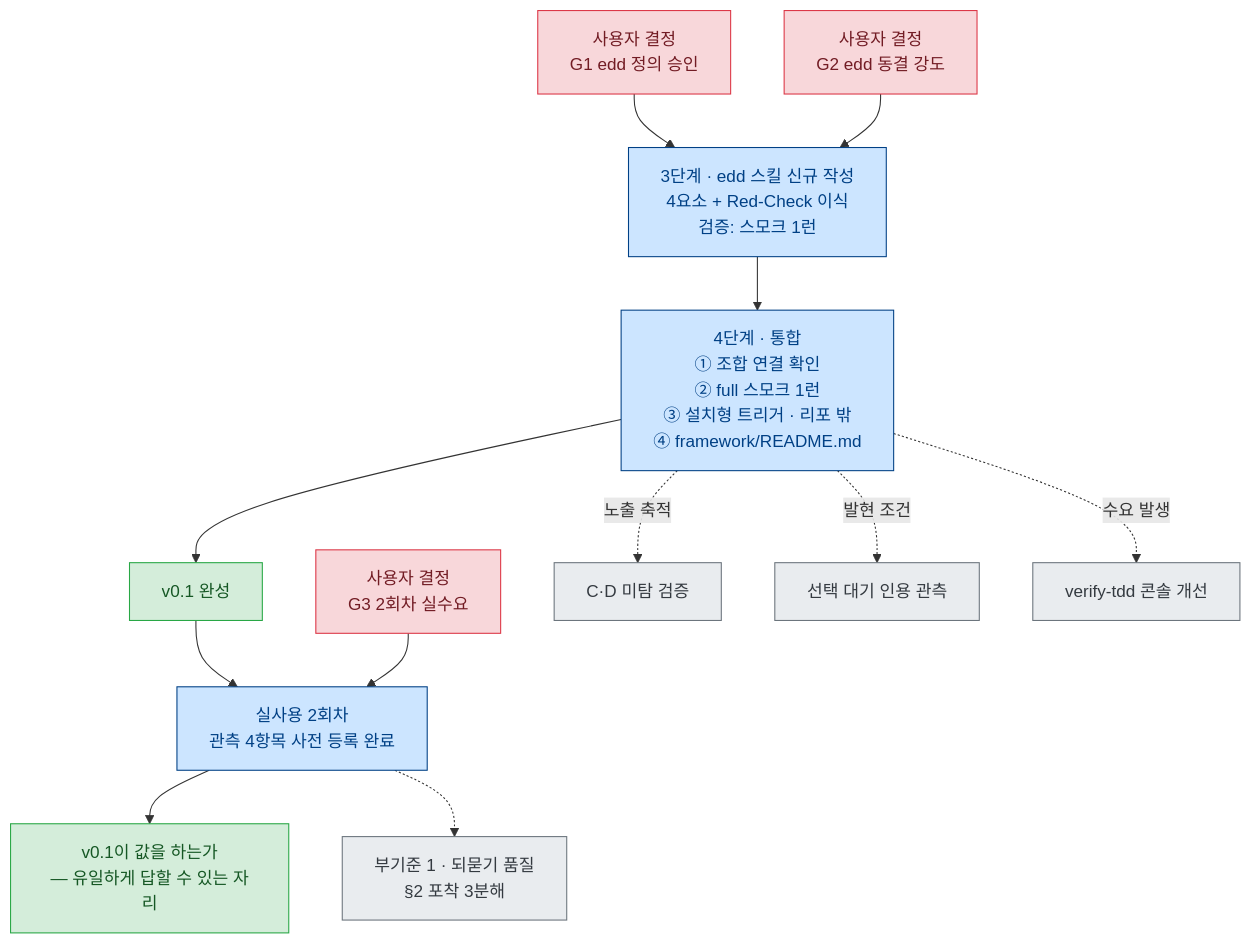
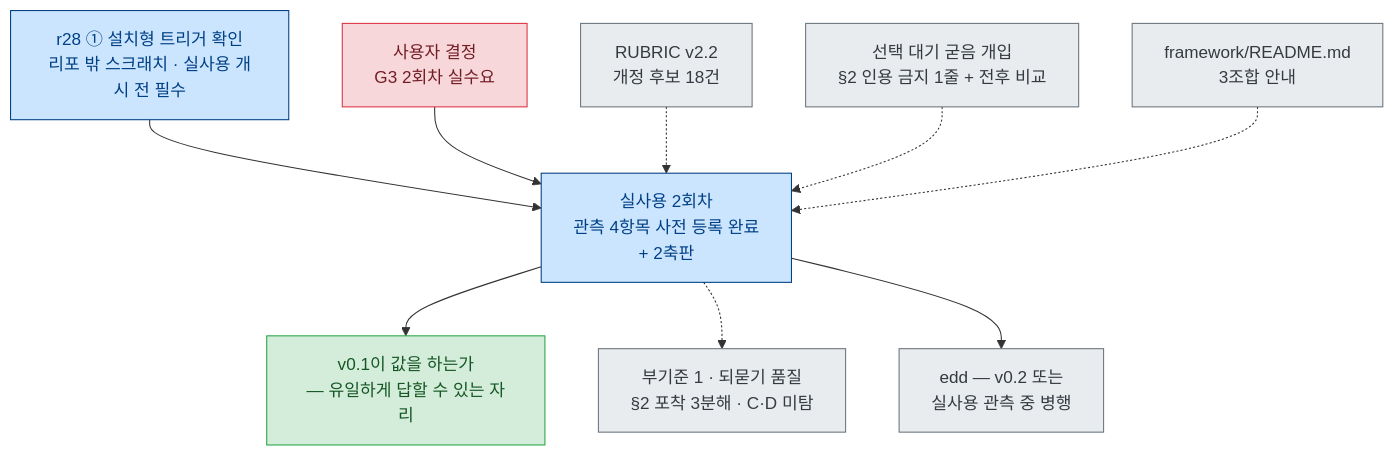
Before and after one commit to h102-log/vibe-coding-lab: the fourth of 4 diagrams in docs/STATUS.md, drawn with Mermaid. The commit also changed other lines of this file and 18 other files, not shown here.

````diff
--- a/docs/STATUS.md
+++ b/docs/STATUS.md
@@ -209,26 +212,24 @@
 ```mermaid
 flowchart TD
-  G1["사용자 결정<br/>G1 edd 정의 승인"] --> S3
-  G2["사용자 결정<br/>G2 edd 동결 강도"] --> S3
-  S3["3단계 · edd 스킬 신규 작성<br/>4요소 + Red-Check 이식<br/>검증: 스모크 1런"] --> S4
-  S4["4단계 · 통합<br/>① 조합 연결 확인<br/>② full 스모크 1런<br/>③ 설치형 트리거 · 리포 밖<br/>④ framework/README.md"] --> V
-  V["v0.1 완성"] --> USE
+  T["r28 ① 설치형 트리거 확인<br/>리포 밖 스크래치 · 실사용 개시 전 필수"] --> USE
   G3["사용자 결정<br/>G3 2회차 실수요"] --> USE
-  USE["실사용 2회차<br/>관측 4항목 사전 등록 완료"] --> ANS
+  USE["실사용 2회차<br/>관측 4항목 사전 등록 완료<br/>+ 2축판"] --> ANS
 
-  S4 -.->|"노출 축적"| X1["C·D 미탐 검증"]
-  S4 -.->|"발현 조건"| X2["선택 대기 인용 관측"]
-  S4 -.->|"수요 발생"| X3["verify-tdd 콘솔 개선"]
-  USE -.-> X4["부기준 1 · 되묻기 품질<br/>§2 포착 3분해"]
+  P1["RUBRIC v2.2<br/>개정 후보 18건"] -.-> USE
+  P2["선택 대기 굳음 개입<br/>§2 인용 금지 1줄 + 전후 비교"] -.-> USE
+  P3["framework/README.md<br/>3조합 안내"] -.-> USE
+
+  USE -.-> X4["부기준 1 · 되묻기 품질<br/>§2 포착 3분해 · C·D 미탐"]
+  USE --> EDD["edd — v0.2 또는<br/>실사용 관측 중 병행"]
 
   ANS["v0.1이 값을 하는가<br/>— 유일하게 답할 수 있는 자리"]
 
   classDef gate fill:#f8d7da,stroke:#dc3545,color:#721c24
   classDef step fill:#cce5ff,stroke:#004085,color:#004085
   classDef side fill:#e9ecef,stroke:#6c757d,color:#343a40
   classDef goal fill:#d4edda,stroke:#28a745,color:#155724
-  class G1,G2,G3 gate
-  class S3,S4,USE step
-  class X1,X2,X3,X4 side
-  class V,ANS goal
+  class G3 gate
+  class T,USE step
+  class P1,P2,P3,X4,EDD side
+  class ANS goal
 ```
````
